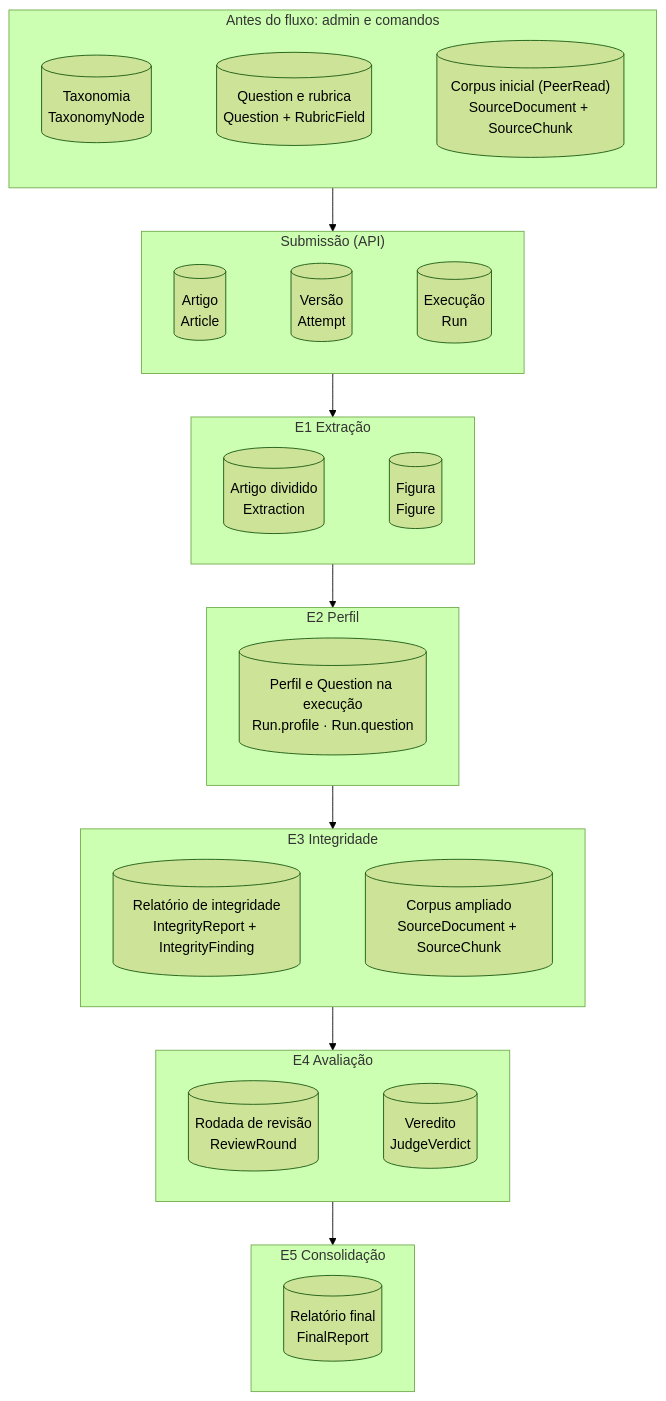
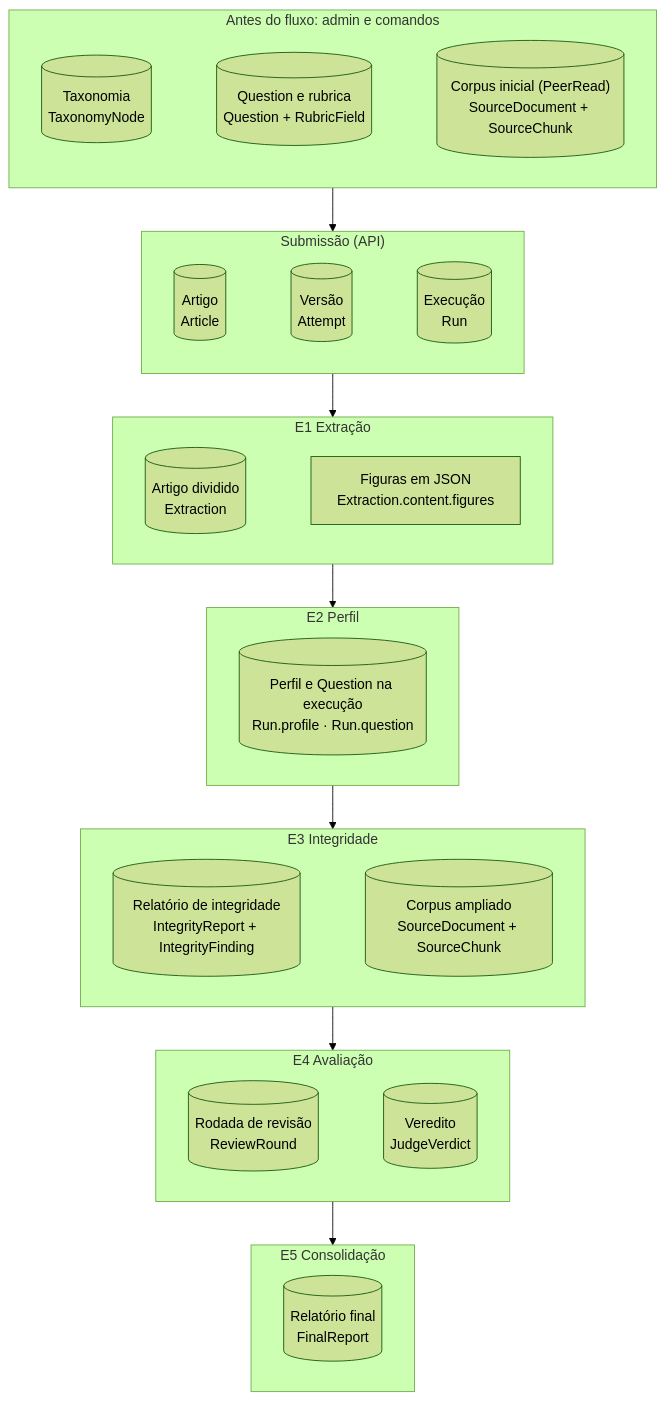
The third of 10 diagrams in docs/flow_graph.md (iarinhasz/metis_system), drawn with Mermaid (forest theme) before and after one commit. The commit also changed other lines of this file and 20 other files, not shown here.

````diff
--- a/docs/flow_graph.md
+++ b/docs/flow_graph.md
@@ -147,44 +154,44 @@
 ```mermaid
 flowchart TB
     subgraph PRE["Antes do fluxo: admin e comandos"]
         direction LR
         TAX[("Taxonomia<br/>TaxonomyNode")]
         QST[("Question e rubrica<br/>Question + RubricField")]
         SEED[("Corpus inicial (PeerRead)<br/>SourceDocument + SourceChunk")]
         TAX ~~~ QST ~~~ SEED
     end
     subgraph SUB["Submissão (API)"]
         direction LR
         ART[("Artigo<br/>Article")]
         ATT[("Versão<br/>Attempt")]
         RUN[("Execução<br/>Run")]
         ART ~~~ ATT ~~~ RUN
     end
     subgraph E1["E1 Extração"]
         direction LR
         ED[("Artigo dividido<br/>Extraction")]
-        FIG[("Figura<br/>Figure")]
+        FIG["Figuras em JSON<br/>Extraction.content.figures"]
         ED ~~~ FIG
     end
     subgraph E2["E2 Perfil"]
         direction LR
         PRF[("Perfil e Question na execução<br/>Run.profile · Run.question")]
     end
     subgraph E3["E3 Integridade"]
         direction LR
         IR[("Relatório de integridade<br/>IntegrityReport + IntegrityFinding")]
         SRC[("Corpus ampliado<br/>SourceDocument + SourceChunk")]
         IR ~~~ SRC
     end
     subgraph E4["E4 Avaliação"]
         direction LR
         RR[("Rodada de revisão<br/>ReviewRound")]
         JV[("Veredito<br/>JudgeVerdict")]
         RR ~~~ JV
     end
     subgraph E5["E5 Consolidação"]
         direction LR
         FR[("Relatório final<br/>FinalReport")]
     end
     PRE --> SUB --> E1 --> E2 --> E3 --> E4 --> E5
 ```
````
